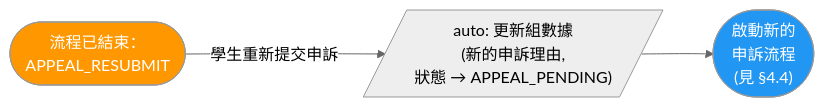
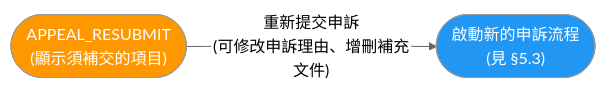
One commit to OneStar-Projects/SLAS-Docs changed the fifth of 6 diagrams in student-org-workflow-flowcharts.md. Above: the diagram before and after it, drawn with Mermaid (neutral theme). The commit also changed other lines of this file and 12 other files, not shown here.

````diff
--- a/student-org-workflow-flowcharts.md
+++ b/student-org-workflow-flowcharts.md
@@ -323,9 +408,8 @@
 ```mermaid
 flowchart LR
-    Rejected(["流程已結束：<br/>APPEAL_RESUBMIT"])
-    Rejected -->|"學生重新提交申訴"| Update[/"auto: 更新組數據<br/>(新的申訴理由,<br/>狀態 → APPEAL_PENDING)"/]
-    Update --> NewProcess(["啟動新的<br/>申訴流程<br/>(見 §4.4)"])
+    Supplement(["APPEAL_RESUBMIT<br/>(顯示須補交的項目)"])
+    Supplement -->|"重新提交申訴<br/>(可修改申訴理由、增刪補充文件)"| NewProcess(["啟動新的申訴流程<br/>(見 §5.3)"])
 
-    style Rejected fill:#FF9800,color:#fff
+    style Supplement fill:#FF9800,color:#fff
     style NewProcess fill:#2196F3,color:#fff
 ```
````
